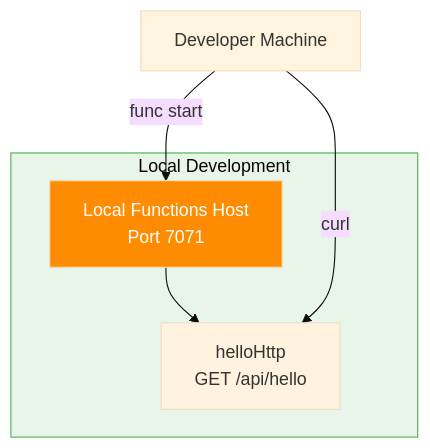
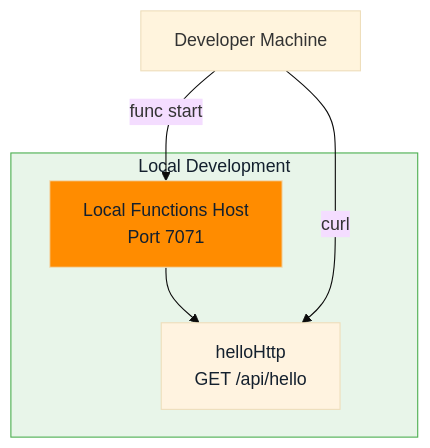
One commit to yeongseon/azure-functions-practical-guide changed the diagram in docs/language-guides/nodejs/tutorial/dedicated/01-local-run.md. Above: the diagram before and after it, drawn with Mermaid (base theme). The commit also changed 2 other files, not shown here.

Commit message:
docs(diagrams): fix label contrast in the Node.js Dedicated and Premium local-run figures (#617)

````diff
--- a/docs/language-guides/nodejs/tutorial/dedicated/01-local-run.md
+++ b/docs/language-guides/nodejs/tutorial/dedicated/01-local-run.md
@@ -57,18 +57,18 @@
 ```mermaid
 flowchart TD
     accTitle: Dedicated tutorial Node.js local HTTP development map
     accDescr: Illustrative startup and HTTP handling for this Node.js v4 programming-model sample: the developer starts the Core Tools host on port 7071 with func start and uses curl to call helloHttp at GET /api/hello. The Local Development boundary contains the host and function, not an Azure hosting plan. Arrows summarize local commands and handling; they do not validate Dedicated Always On, networking or scaling.
     DEV[Developer Machine] -->|func start| HOST[Local Functions Host\nPort 7071]
 
     subgraph LOCAL["Local Development"]
         HOST
         FUNC[helloHttp\nGET /api/hello]
     end
 
     HOST --> FUNC
     DEV -->|curl| FUNC
 
-    style HOST fill:#ff8c00,color:#fff
-    style LOCAL fill:#E8F5E9,stroke:#4CAF50
-    style FUNC fill:#FFF3E0
+    style HOST fill:#ff8c00,color:#14202e
+    style LOCAL fill:#E8F5E9,stroke:#4CAF50,color:#14202e
+    style FUNC fill:#FFF3E0,color:#14202e
 ```
````
